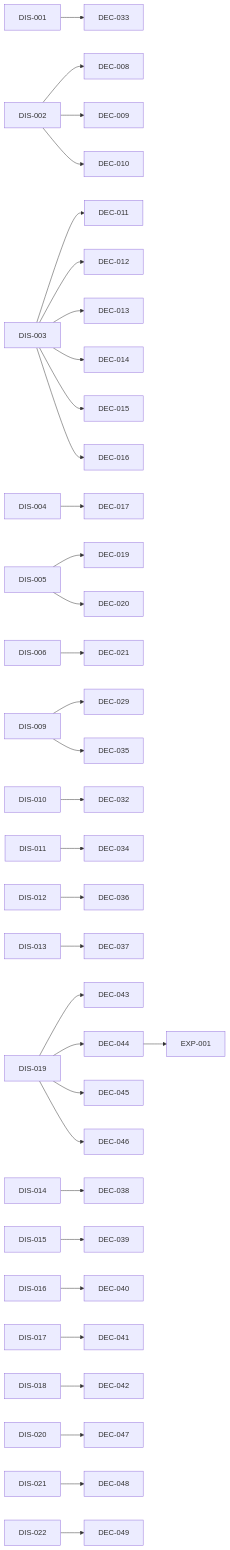
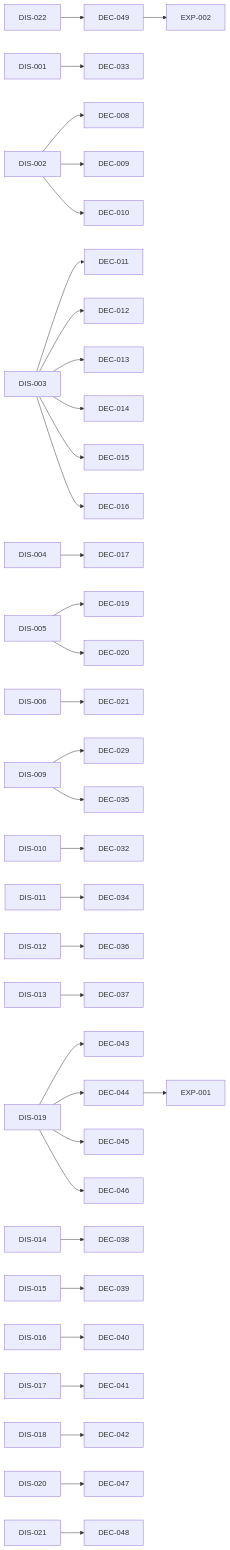
Before and after one commit to amartis/sonoai_research_notes: the diagram in INDEX.md, drawn with Mermaid. The commit also changed other lines of this file and 1 other file, not shown here.

First line of the commit message:
EXP-002 (draft): augmentation ablation on lseg_cirrhosis_v4, runs as rows, styles and scores as columns

````diff
--- a/INDEX.md
+++ b/INDEX.md
@@ -179,36 +180,37 @@
 ```mermaid
 flowchart LR
   DEC_044[DEC-044] --> EXP_001[EXP-001]
+  DEC_049[DEC-049] --> EXP_002[EXP-002]
   DIS_001[DIS-001] --> DEC_033[DEC-033]
   DIS_002[DIS-002] --> DEC_008[DEC-008]
   DIS_002[DIS-002] --> DEC_009[DEC-009]
   DIS_002[DIS-002] --> DEC_010[DEC-010]
   DIS_003[DIS-003] --> DEC_011[DEC-011]
   DIS_003[DIS-003] --> DEC_012[DEC-012]
   DIS_003[DIS-003] --> DEC_013[DEC-013]
   DIS_003[DIS-003] --> DEC_014[DEC-014]
   DIS_003[DIS-003] --> DEC_015[DEC-015]
   DIS_003[DIS-003] --> DEC_016[DEC-016]
   DIS_004[DIS-004] --> DEC_017[DEC-017]
   DIS_005[DIS-005] --> DEC_019[DEC-019]
   DIS_005[DIS-005] --> DEC_020[DEC-020]
   DIS_006[DIS-006] --> DEC_021[DEC-021]
   DIS_009[DIS-009] --> DEC_029[DEC-029]
   DIS_009[DIS-009] --> DEC_035[DEC-035]
   DIS_010[DIS-010] --> DEC_032[DEC-032]
   DIS_011[DIS-011] --> DEC_034[DEC-034]
   DIS_012[DIS-012] --> DEC_036[DEC-036]
   DIS_013[DIS-013] --> DEC_037[DEC-037]
   DIS_014[DIS-014] --> DEC_038[DEC-038]
   DIS_015[DIS-015] --> DEC_039[DEC-039]
   DIS_016[DIS-016] --> DEC_040[DEC-040]
   DIS_017[DIS-017] --> DEC_041[DEC-041]
   DIS_018[DIS-018] --> DEC_042[DEC-042]
   DIS_019[DIS-019] --> DEC_043[DEC-043]
   DIS_019[DIS-019] --> DEC_044[DEC-044]
   DIS_019[DIS-019] --> DEC_045[DEC-045]
   DIS_019[DIS-019] --> DEC_046[DEC-046]
   DIS_020[DIS-020] --> DEC_047[DEC-047]
   DIS_021[DIS-021] --> DEC_048[DEC-048]
   DIS_022[DIS-022] --> DEC_049[DEC-049]
 ```
````
